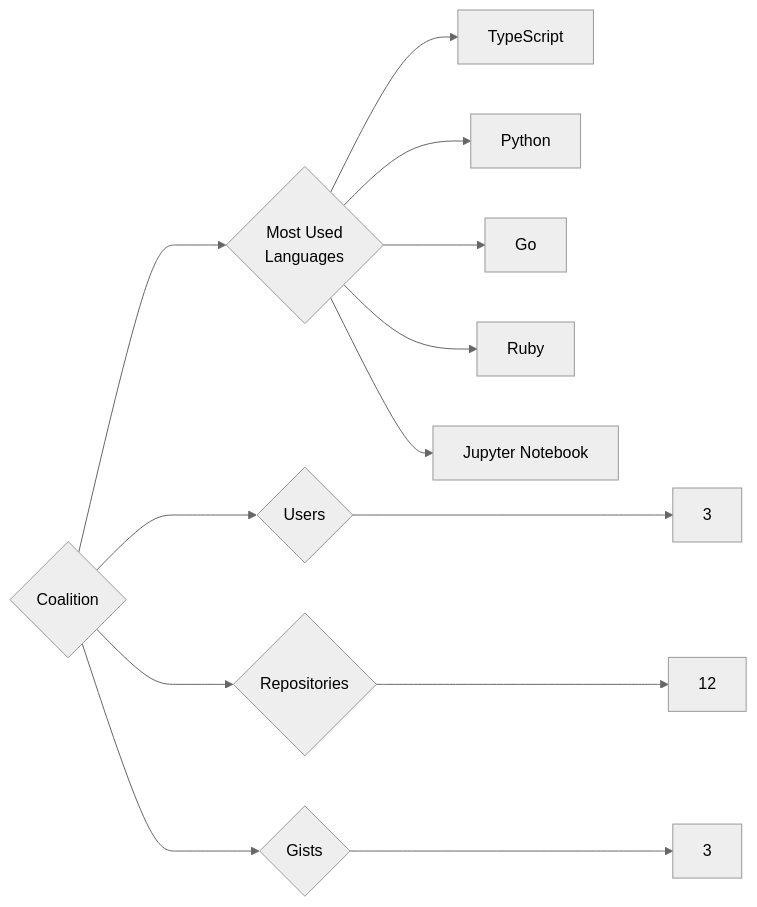
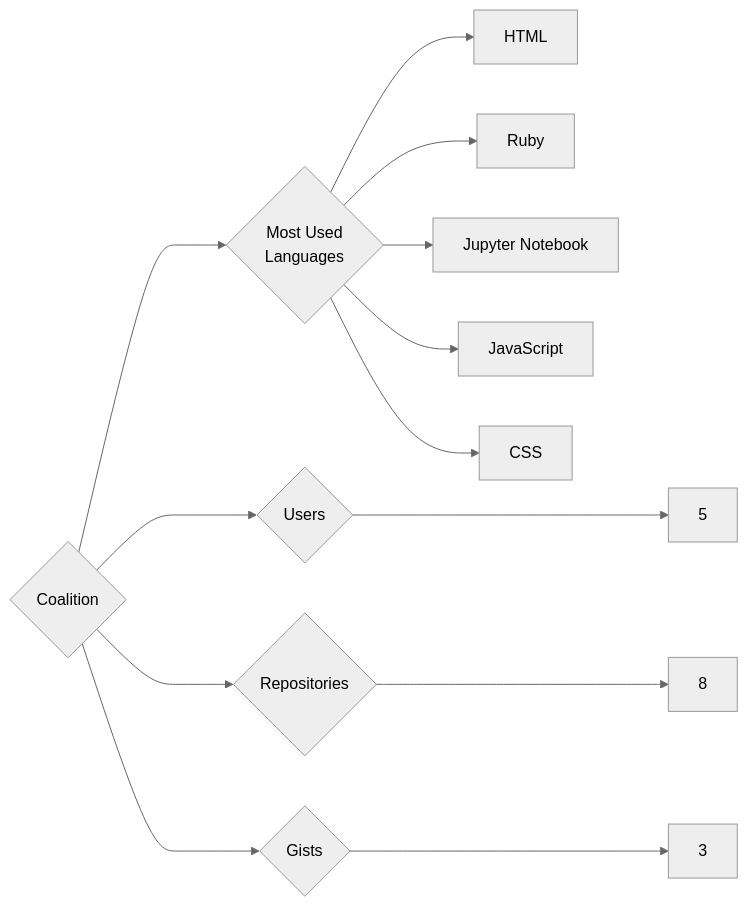
One commit to trickest/insiders changed the diagram in targets/Coalition/README.md. Above: the diagram before and after it, drawn with Mermaid (neutral theme). The commit also changed 942 other files, not shown here.

````diff
--- a/targets/Coalition/README.md
+++ b/targets/Coalition/README.md
@@ -3,13 +3,13 @@
 ```mermaid
 graph LR
 COMPANY_NAME{Coalition}
-COMPANY_NAME ---> U{Users} ---> UN[3]
-COMPANY_NAME ---> R{Repositories} ---> RN[12]
+COMPANY_NAME ---> U{Users} ---> UN[5]
+COMPANY_NAME ---> R{Repositories} ---> RN[8]
 COMPANY_NAME ---> G{Gists} ---> GN[3]
 COMPANY_NAME ---> ML{Most Used<br>Languages}
-ML --> TypeScript[TypeScript]
-ML --> Python[Python]
-ML --> Go[Go]
+ML --> HTML[HTML]
 ML --> Ruby[Ruby]
 ML --> Jupyter_Notebook[Jupyter Notebook]
+ML --> JavaScript[JavaScript]
+ML --> CSS[CSS]
 ```
````
